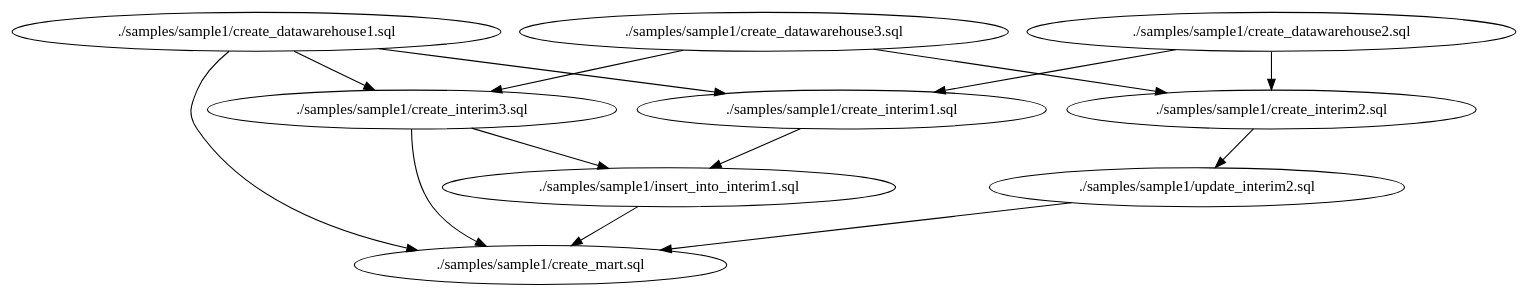
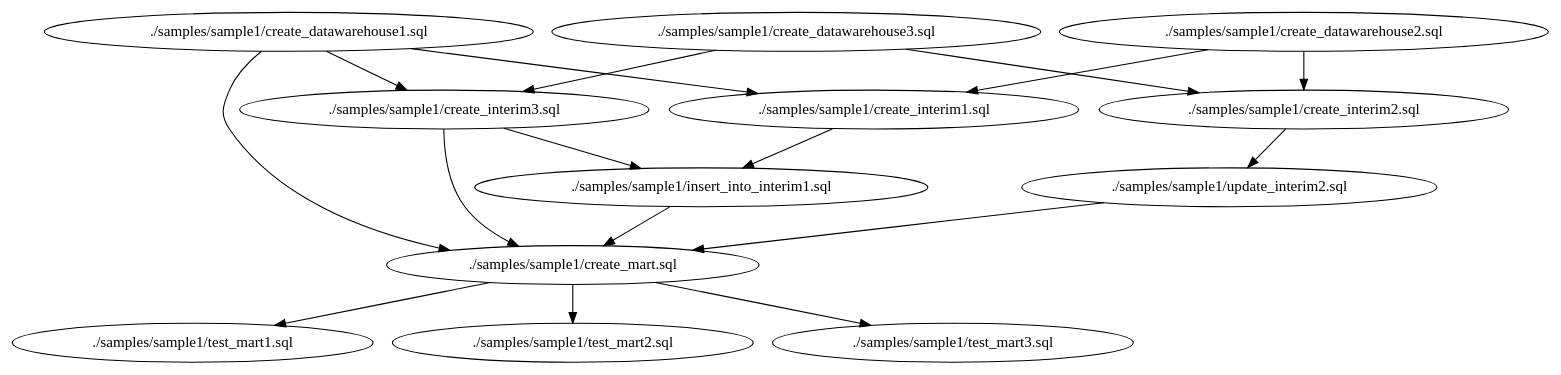
The diagram in samples/sample1.dot (Matts966/alphasql), drawn with Graphviz before and after one commit. The commit also changed 5 other files, not shown here.

Commit message:
Add test example to sample1

```diff
--- a/samples/sample1.dot
+++ b/samples/sample1.dot
@@ -1,24 +1,30 @@
 digraph G {
 0[label="./samples/sample1/create_datawarehouse1.sql"];
 1[label="./samples/sample1/create_datawarehouse2.sql"];
 2[label="./samples/sample1/create_datawarehouse3.sql"];
 3[label="./samples/sample1/create_interim1.sql"];
 4[label="./samples/sample1/create_interim2.sql"];
 5[label="./samples/sample1/create_interim3.sql"];
 6[label="./samples/sample1/create_mart.sql"];
 7[label="./samples/sample1/insert_into_interim1.sql"];
-8[label="./samples/sample1/update_interim2.sql"];
+8[label="./samples/sample1/test_mart1.sql"];
+9[label="./samples/sample1/test_mart2.sql"];
+10[label="./samples/sample1/test_mart3.sql"];
+11[label="./samples/sample1/update_interim2.sql"];
 0->3 ;
 0->5 ;
 0->6 ;
 1->3 ;
 1->4 ;
 2->5 ;
 2->4 ;
 3->7 ;
-4->8 ;
+4->11 ;
 5->7 ;
 5->6 ;
+6->10 ;
+6->9 ;
+6->8 ;
 7->6 ;
-8->6 ;
+11->6 ;
 }
```
